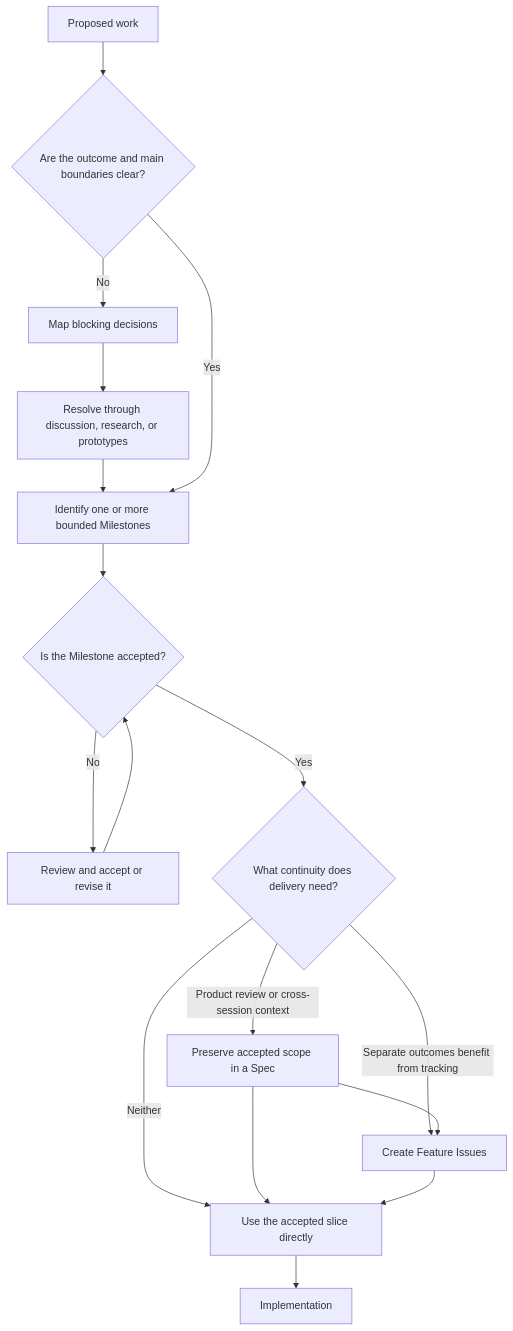
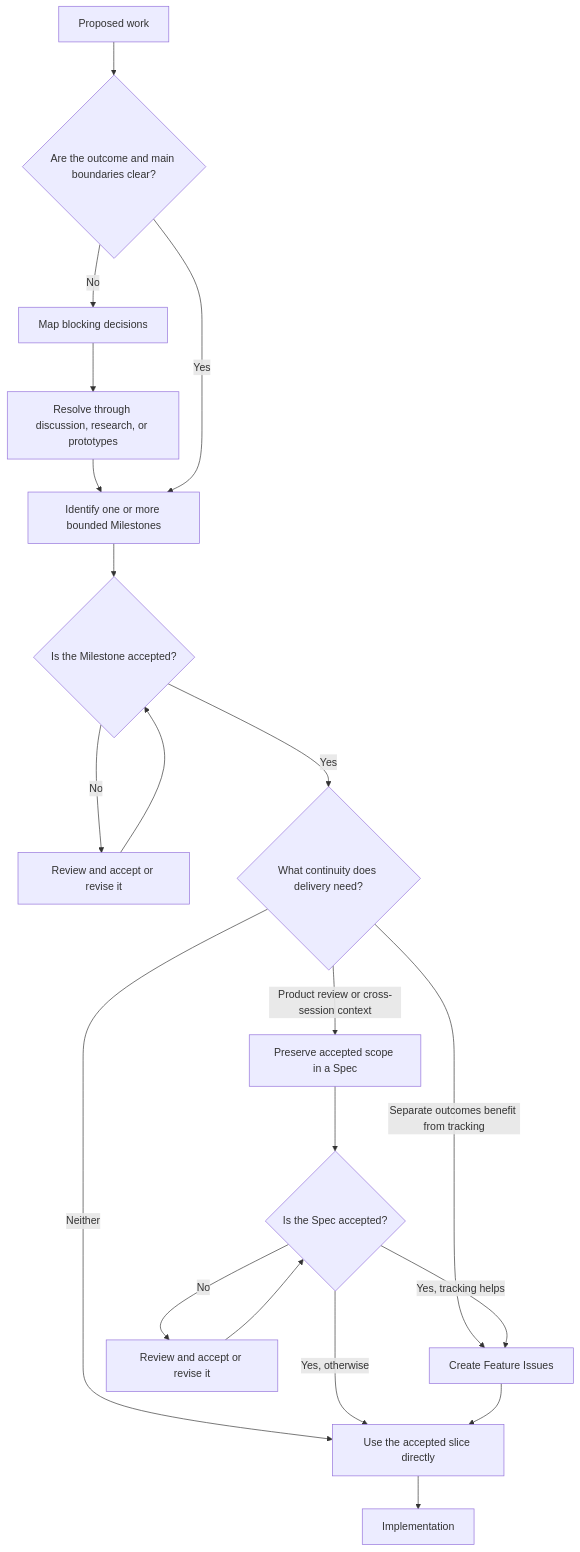
Before and after one commit to synorastudio/eng-playbook: the diagram in workflows/feature-planning.md, drawn with Mermaid. The commit also changed 1 other file, not shown here.

Commit message:
Gate Spec routes on acceptance

````diff
--- a/workflows/feature-planning.md
+++ b/workflows/feature-planning.md
@@ -7,19 +7,22 @@
 ```mermaid
 flowchart TD
     proposed[Proposed work] --> clear{Are the outcome and main boundaries clear?}
     clear -->|No| decisions[Map blocking decisions]
     decisions --> resolve[Resolve through discussion, research, or prototypes]
     resolve --> milestones[Identify one or more bounded Milestones]
     clear -->|Yes| milestones
     milestones --> accepted{Is the Milestone accepted?}
     accepted -->|No| review[Review and accept or revise it]
     review --> accepted
     accepted -->|Yes| needs{What continuity does delivery need?}
     needs -->|Product review or cross-session context| spec[Preserve accepted scope in a Spec]
     needs -->|Separate outcomes benefit from tracking| issues[Create Feature Issues]
     needs -->|Neither| slice[Use the accepted slice directly]
-    spec --> issues
-    spec --> slice
+    spec --> specAccepted{Is the Spec accepted?}
+    specAccepted -->|No| specReview[Review and accept or revise it]
+    specReview --> specAccepted
+    specAccepted -->|Yes, tracking helps| issues
+    specAccepted -->|Yes, otherwise| slice
     issues --> slice
     slice --> implementation[Implementation]
 ```
````
